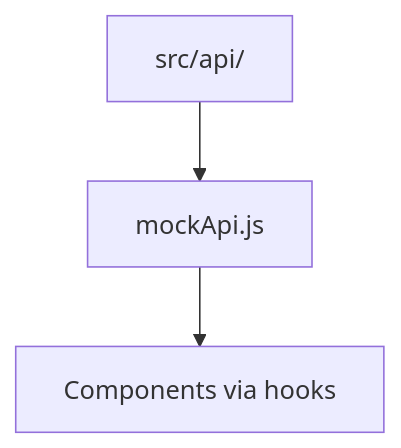
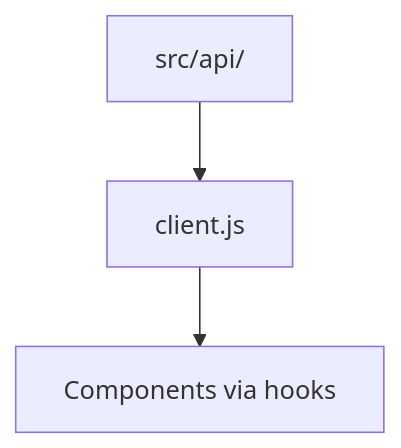
Before and after one commit to BradleyMatera/car-match: the diagram in frontend/src/api/README.md, drawn with Mermaid. The commit also changed other lines of this file and 19 other files, not shown here.

````diff
--- a/frontend/src/api/README.md
+++ b/frontend/src/api/README.md
@@ -5,5 +5,5 @@
 ```mermaid
 graph TD
-  API[src/api/] --> Mock[mockApi.js]
-  Mock --> Consumers[Components via hooks]
+  API[src/api/] --> Client[client.js]
+  Client --> Consumers[Components via hooks]
 ```
````
